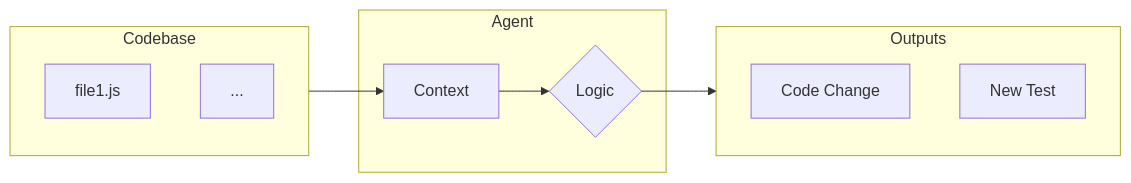
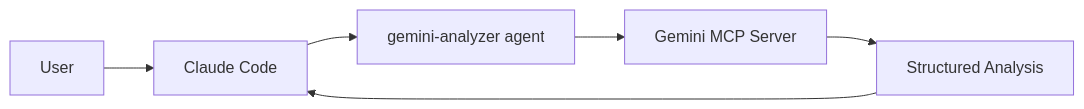
Before and after one commit to kousen/cosmic-catalog: the second of 2 diagrams in slides.md, drawn with Mermaid. The commit also changed other lines of this file and 5 other files, not shown here.

````diff
--- a/slides.md
+++ b/slides.md
@@ -399,19 +240,8 @@
 ```mermaid
 graph LR
-    subgraph Codebase
-        F1[file1.js]
-        F2[...]
-    end
-
-    subgraph Agent
-        A[Context] --> B{Logic};
-    end
-
-    subgraph Outputs
-        C[Code Change]
-        D[New Test]
-    end
-
-    Codebase --> A;
-    B --> Outputs;
+    User --> Claude[Claude Code]
+    Claude --> Agent[gemini-analyzer agent]
+    Agent --> MCP[Gemini MCP Server]
+    MCP --> Results[Structured Analysis]
+    Results --> Claude
 ```
````
